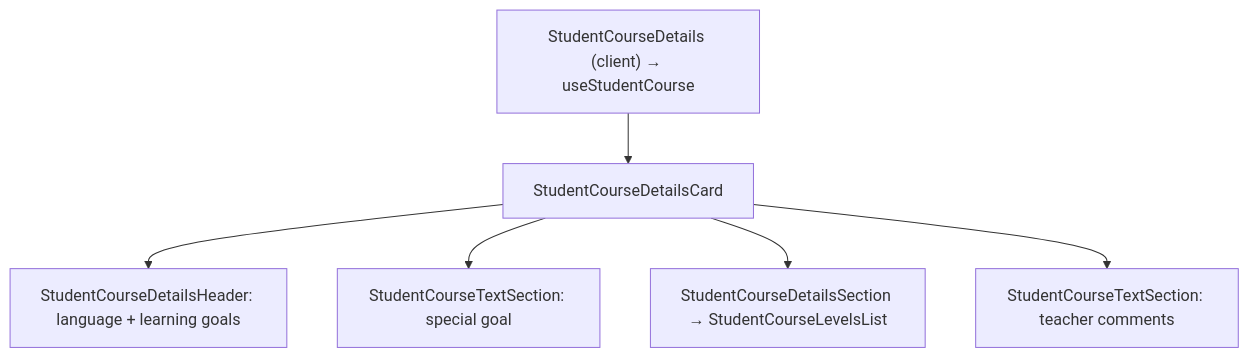
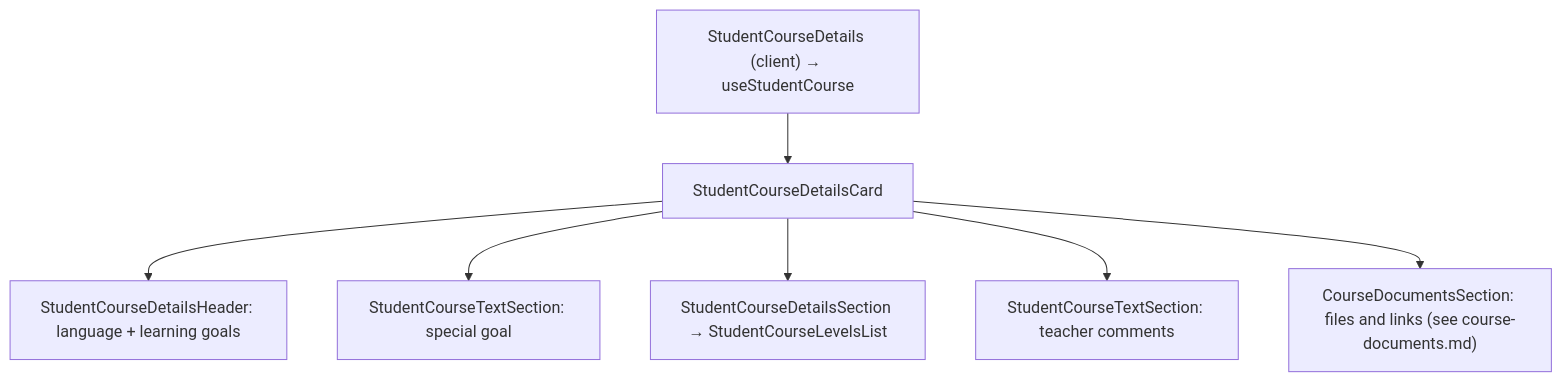
One commit to KaterynaKocheharova/Practice-app changed the fourth of 4 diagrams in front/src/docs/student-courses.md. Above: the diagram before and after it, drawn with Mermaid. The commit also changed other lines of this file and 29 other files, not shown here.

````diff
--- a/front/src/docs/student-courses.md
+++ b/front/src/docs/student-courses.md
@@ -94,8 +94,9 @@
 ```mermaid
 flowchart TD
   Details["StudentCourseDetails (client) → useStudentCourse"] --> Card[StudentCourseDetailsCard]
   Card --> Header["StudentCourseDetailsHeader: language + learning goals"]
   Card --> Special["StudentCourseTextSection: special goal"]
   Card --> Levels["StudentCourseDetailsSection → StudentCourseLevelsList"]
   Card --> Comments["StudentCourseTextSection: teacher comments"]
+  Card --> Documents["CourseDocumentsSection: files and links (see course-documents.md)"]
 ```
````
